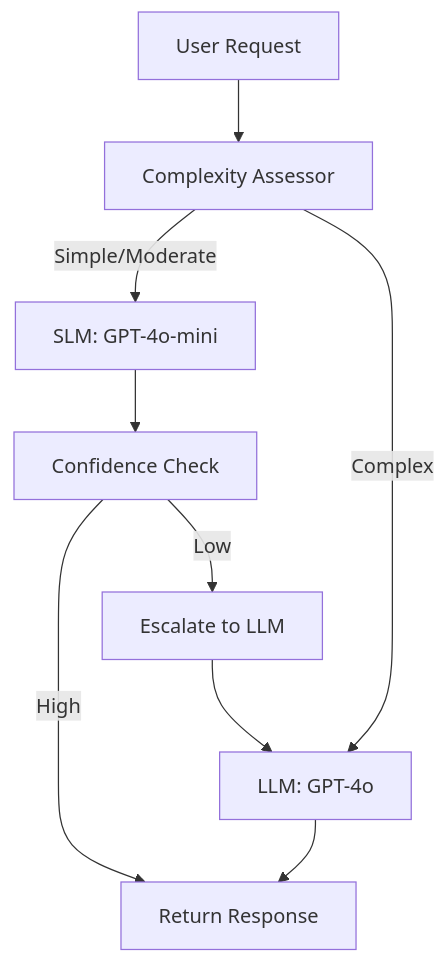
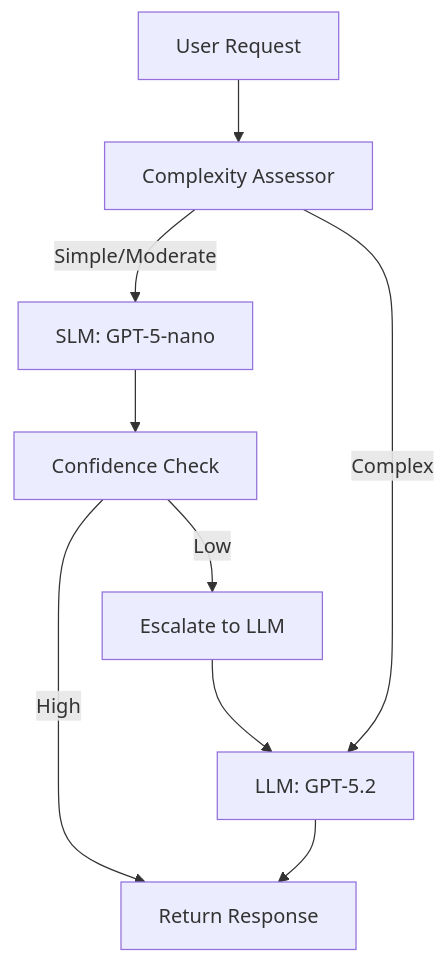
The diagram in docs/architecture/adrs/adr-013-model-routing.md (Azure-Samples/holiday-peak-hub), drawn with Mermaid before and after one commit. The commit also changed other lines of this file and 70 other files, not shown here.

````diff
--- a/docs/architecture/adrs/adr-013-model-routing.md
+++ b/docs/architecture/adrs/adr-013-model-routing.md
@@ -24,11 +24,11 @@
 ```mermaid
 graph TD
     Request[User Request] --> Assessment[Complexity Assessor]
-    Assessment --> |Simple/Moderate| SLM[SLM: GPT-4o-mini]
-    Assessment --> |Complex| LLM[LLM: GPT-4o]
+    Assessment --> |Simple/Moderate| SLM[SLM: GPT-5-nano]
+    Assessment --> |Complex| LLM[LLM: GPT-5.2]
     SLM --> Confidence[Confidence Check]
     Confidence --> |High| Response[Return Response]
     Confidence --> |Low| Escalate[Escalate to LLM]
     Escalate --> LLM
     LLM --> Response
 ```
````
